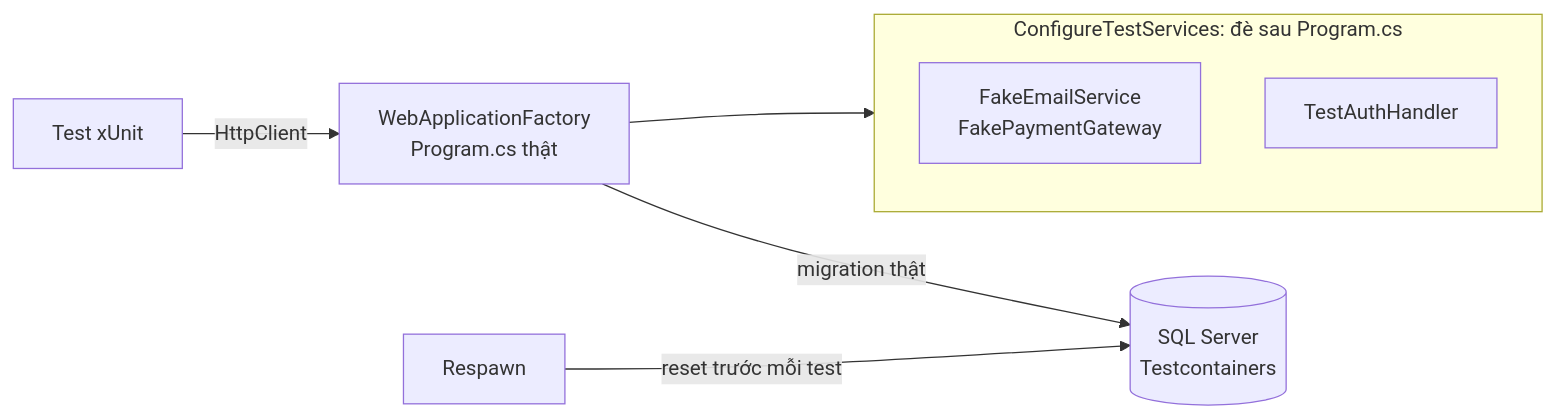
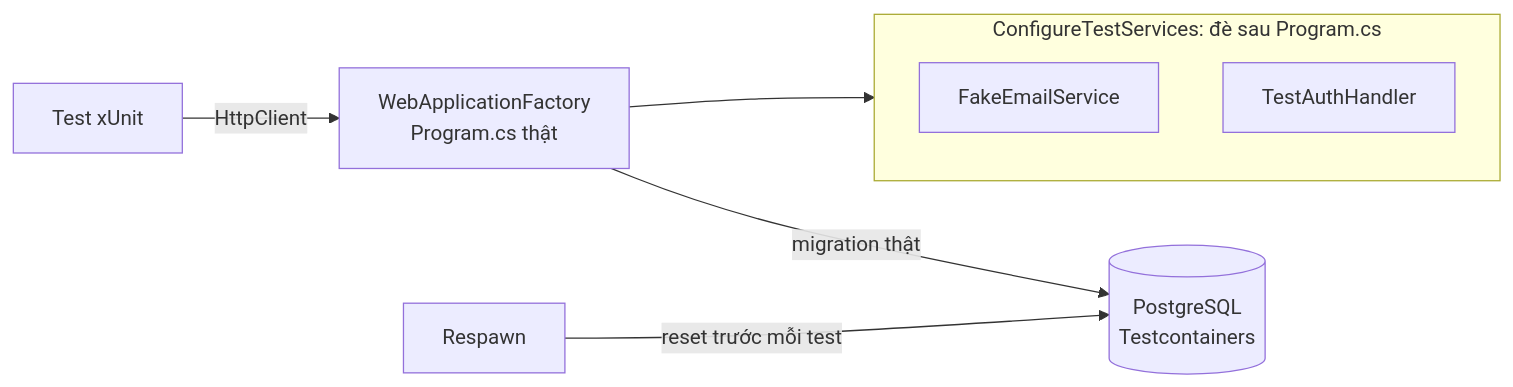
The diagram in lessons/stage-03-aspnet-core-backend/module-09-web-api-professional/9.8-api-testing.md (TienNHM/dotnet-course), drawn with Mermaid before and after one commit. The commit also changed other lines of this file and 10 other files, not shown here.

````diff
--- a/lessons/stage-03-aspnet-core-backend/module-09-web-api-professional/9.8-api-testing.md
+++ b/lessons/stage-03-aspnet-core-backend/module-09-web-api-professional/9.8-api-testing.md
@@ -222,11 +351,11 @@
 ```mermaid
 flowchart LR
     T["Test xUnit"] -->|"HttpClient"| F["WebApplicationFactory<br/>Program.cs thật"]
     subgraph CTS["ConfigureTestServices: đè sau Program.cs"]
-        FE["FakeEmailService<br/>FakePaymentGateway"]
+        FE["FakeEmailService"]
         TA["TestAuthHandler"]
     end
     F --> CTS
-    F -->|"migration thật"| DB[("SQL Server<br/>Testcontainers")]
+    F -->|"migration thật"| DB[("PostgreSQL<br/>Testcontainers")]
     RS["Respawn"] -->|"reset trước mỗi test"| DB
 ```
````
